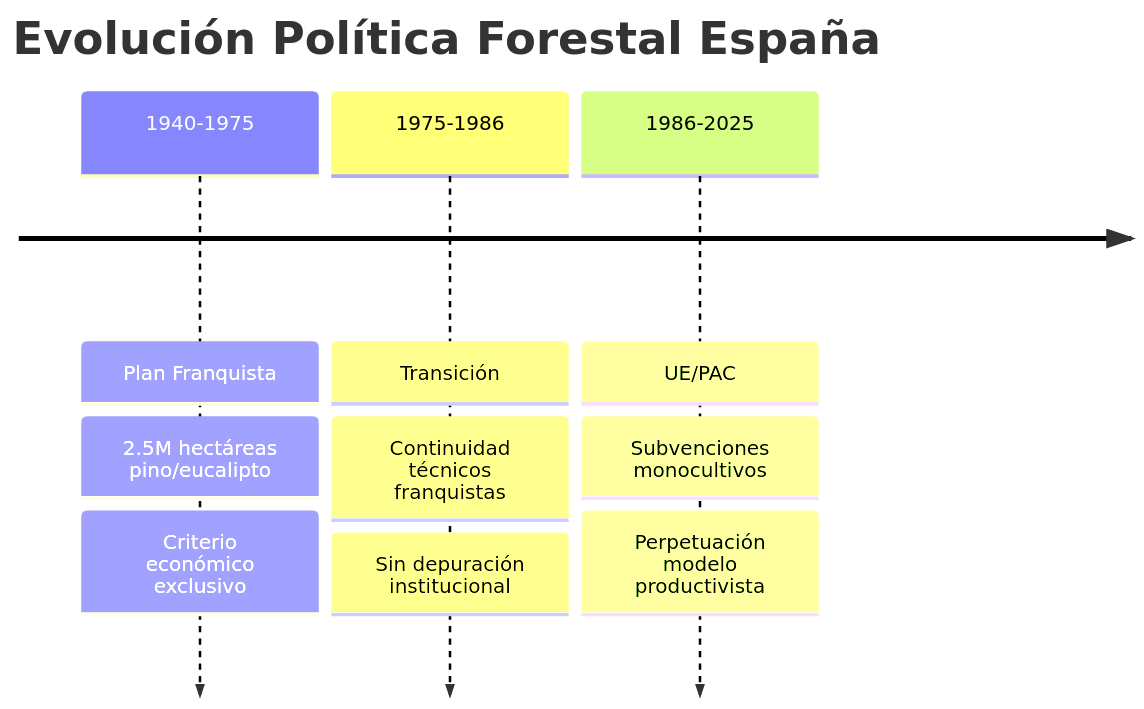
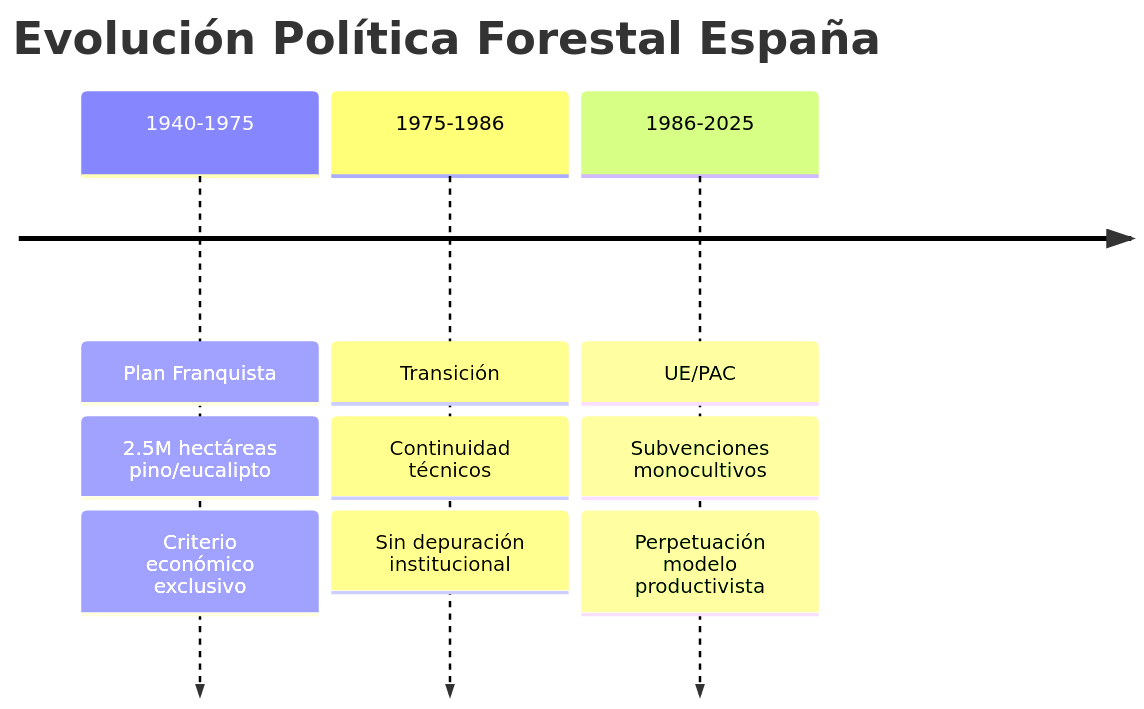
Before and after one commit to perpetuocambio/annotations: the fifth of 10 diagrams in politica/medioambiente/analisis_multifactorial_incendios.md, drawn with Mermaid.

````diff
--- a/politica/medioambiente/analisis_multifactorial_incendios.md
+++ b/politica/medioambiente/analisis_multifactorial_incendios.md
@@ -240,7 +240,7 @@
 ```mermaid
 timeline
     title Evolución Política Forestal España
     1940-1975 : Plan Franquista : 2.5M hectáreas pino/eucalipto : Criterio económico exclusivo
-    1975-1986 : Transición : Continuidad técnicos franquistas : Sin depuración institucional
+    1975-1986 : Transición : Continuidad técnicos : Sin depuración institucional
     1986-2025 : UE/PAC : Subvenciones monocultivos : Perpetuación modelo productivista
 ```
````
